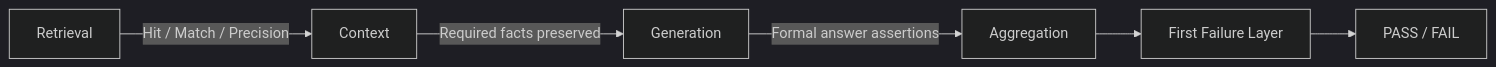
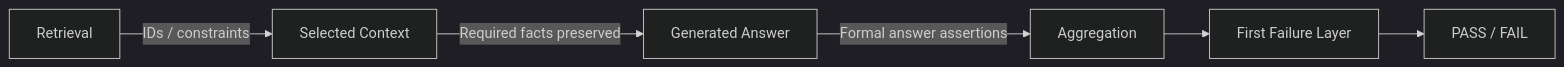
The third of 5 diagrams in README.md (oleksandrserhieiev-beep/ai-qe-lab), drawn with Mermaid (dark theme) before and after one commit. The commit also changed other lines of this file, not shown here.

Commit message:
Align README with implemented adaptive RAG architecture

````diff
--- a/README.md
+++ b/README.md
@@ -101,8 +145,8 @@
 ```mermaid
 flowchart LR
-    R[Retrieval] -->|Hit / Match / Precision| C[Context]
-    C -->|Required facts preserved| G[Generation]
+    R[Retrieval] -->|IDs / constraints| C[Selected Context]
+    C -->|Required facts preserved| G[Generated Answer]
     G -->|Formal answer assertions| A[Aggregation]
     A --> L[First Failure Layer]
     L --> P[PASS / FAIL]
 ```
````
